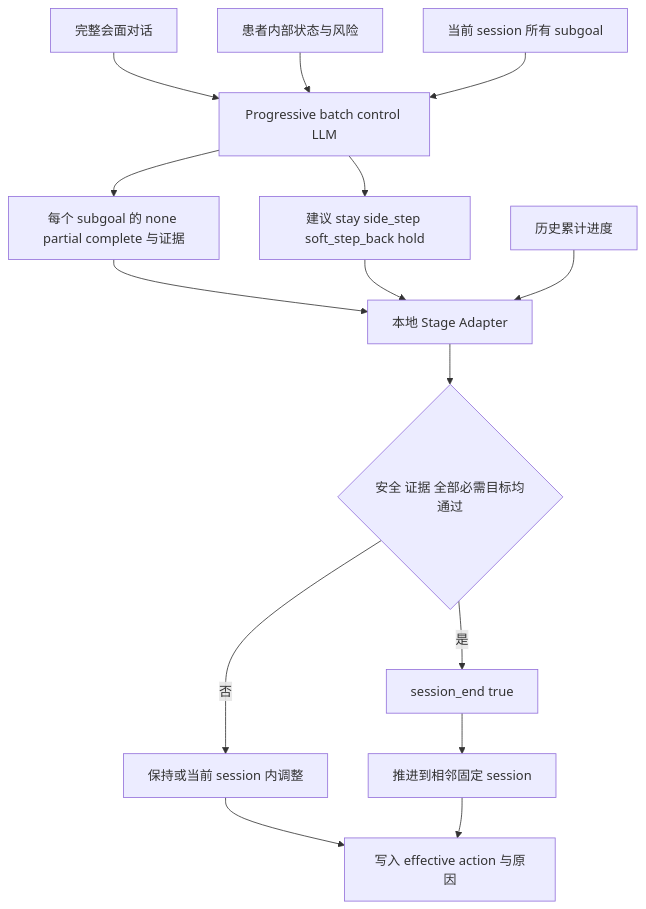
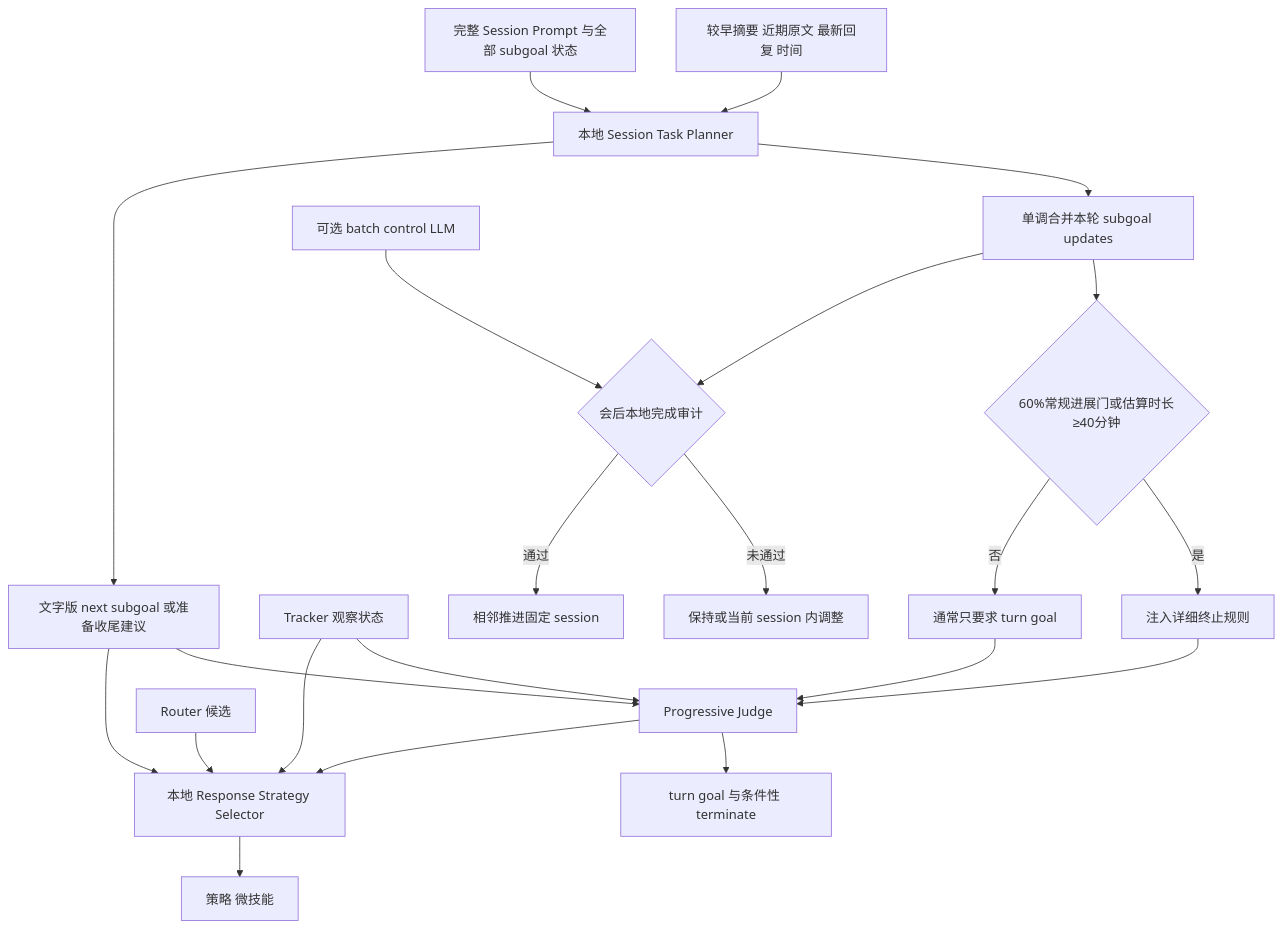
Before and after one commit to MUSE-Lab-SZU/generative_agents: the fourth of 4 diagrams in docs/town_method/03_cbt_pipeline.md, drawn with Mermaid. The commit also changed other lines of this file and 77 other files, not shown here.

````diff
--- a/docs/town_method/03_cbt_pipeline.md
+++ b/docs/town_method/03_cbt_pipeline.md
@@ -193,17 +221,24 @@
 ```mermaid
 flowchart TD
-    A[完整会面对话] --> B[Progressive batch control LLM]
-    C[患者内部状态与风险] --> B
-    D[当前 session 所有 subgoal] --> B
-    B --> E[每个 subgoal 的 none partial complete 与证据]
-    B --> F[建议 stay side_step soft_step_back hold]
-    E --> G[本地 Stage Adapter]
-    F --> G
-    H[历史累计进度] --> G
-    G --> I{安全 证据 全部必需目标均通过}
-    I -->|否| J[保持或当前 session 内调整]
-    I -->|是| K[session_end true]
-    K --> L[推进到相邻固定 session]
-    J --> M[写入 effective action 与原因]
-    L --> M
+    A[较早摘要 近期原文 最新回复 时间] --> B[本地 Session Task Planner]
+    C[完整 Session Prompt 与全部 subgoal 状态] --> B
+    B --> D[单调合并本轮 subgoal updates]
+    B --> E[文字版 next subgoal 或准备收尾建议]
+    F[Tracker 观察状态] --> G[Progressive Judge]
+    E --> G
+    D --> TG{60%常规进展门或估算时长≥40分钟}
+    TG -->|是| TR[注入详细终止规则]
+    TG -->|否| NR[通常只要求 turn goal]
+    TR --> G
+    NR --> G
+    G --> H[turn goal 与条件性 terminate]
+    R[Router 候选] --> S[本地 Response Strategy Selector]
+    E --> S
+    F --> S
+    G --> S
+    S --> O[策略 微技能]
+    D --> I{会后本地完成审计}
+    J[可选 batch control LLM] --> I
+    I -->|未通过| K[保持或当前 session 内调整]
+    I -->|通过| L[相邻推进固定 session]
 ```
````
